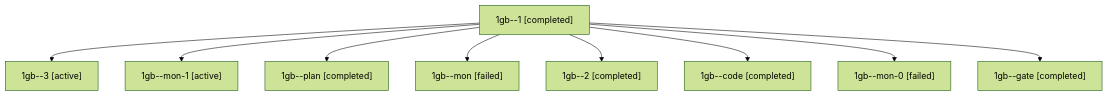
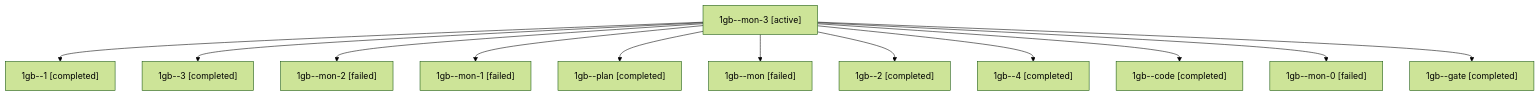
One commit to bobs-org/bob-cli--agents changed the diagram in sessions/bbugyi200.athena.1gb.md. Above: the diagram before and after it, drawn with Mermaid (forest theme). The commit also changed other lines of this file and 112 other files, not shown here.

````diff
--- a/sessions/bbugyi200.athena.1gb.md
+++ b/sessions/bbugyi200.athena.1gb.md
@@ -9,20 +9,26 @@
 ```mermaid
 flowchart TD
-  n0["1gb--1 [completed]"]
-  n1["1gb--3 [active]"]
+  n0["1gb--mon-3 [active]"]
+  n1["1gb--1 [completed]"]
   n0 --> n1
-  n2["1gb--mon-1 [active]"]
+  n2["1gb--3 [completed]"]
   n0 --> n2
-  n3["1gb--plan [completed]"]
+  n3["1gb--mon-2 [failed]"]
   n0 --> n3
-  n4["1gb--mon [failed]"]
+  n4["1gb--mon-1 [failed]"]
   n0 --> n4
-  n5["1gb--2 [completed]"]
+  n5["1gb--plan [completed]"]
   n0 --> n5
-  n6["1gb--code [completed]"]
+  n6["1gb--mon [failed]"]
   n0 --> n6
-  n7["1gb--mon-0 [failed]"]
+  n7["1gb--2 [completed]"]
   n0 --> n7
-  n8["1gb--gate [completed]"]
+  n8["1gb--4 [completed]"]
   n0 --> n8
+  n9["1gb--code [completed]"]
+  n0 --> n9
+  n10["1gb--mon-0 [failed]"]
+  n0 --> n10
+  n11["1gb--gate [completed]"]
+  n0 --> n11
 ```
````
